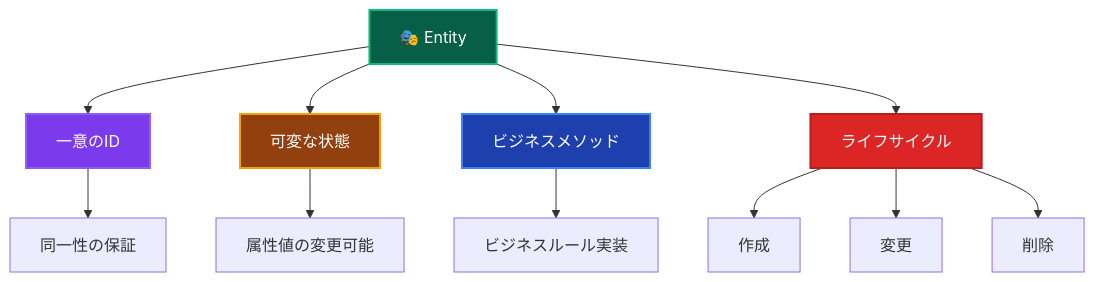
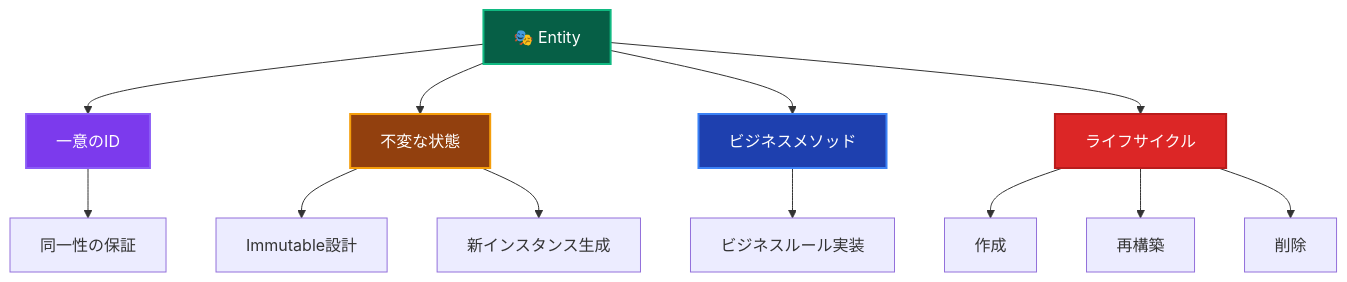
The diagram in _DOCS/guides/ddd/layers/components/entities.md (derushio/d-next-ddd-example), drawn with Mermaid before and after one commit. The commit also changed other lines of this file and 60 other files, not shown here.

````diff
--- a/_DOCS/guides/ddd/layers/components/entities.md
+++ b/_DOCS/guides/ddd/layers/components/entities.md
@@ -13,20 +13,21 @@
 ```mermaid
 graph TD
     ENTITY[🎭 Entity] --> ID[一意のID]
-    ENTITY --> STATE[可変な状態]
+    ENTITY --> STATE[不変な状態]
     ENTITY --> BEHAVIOR[ビジネスメソッド]
     ENTITY --> LIFECYCLE[ライフサイクル]
-    
+
     ID --> IDENTITY[同一性の保証]
-    STATE --> ATTRIBUTES[属性値の変更可能]
+    STATE --> IMMUTABLE[Immutable設計]
+    STATE --> NEW_INSTANCE[新インスタンス生成]
     BEHAVIOR --> BUSINESS_LOGIC[ビジネスルール実装]
     LIFECYCLE --> CREATION[作成]
-    LIFECYCLE --> CHANGE[変更]
+    LIFECYCLE --> RECONSTRUCTION[再構築]
     LIFECYCLE --> DELETION[削除]
-    
+
     style ENTITY fill:#065f46,stroke:#10b981,stroke-width:2px,color:#ffffff
     style ID fill:#7c3aed,stroke:#8b5cf6,stroke-width:2px,color:#ffffff
     style STATE fill:#92400e,stroke:#f59e0b,stroke-width:2px,color:#ffffff
     style BEHAVIOR fill:#1e40af,stroke:#3b82f6,stroke-width:2px,color:#ffffff
     style LIFECYCLE fill:#dc2626,stroke:#b91c1c,stroke-width:2px,color:#ffffff
 ```
````
